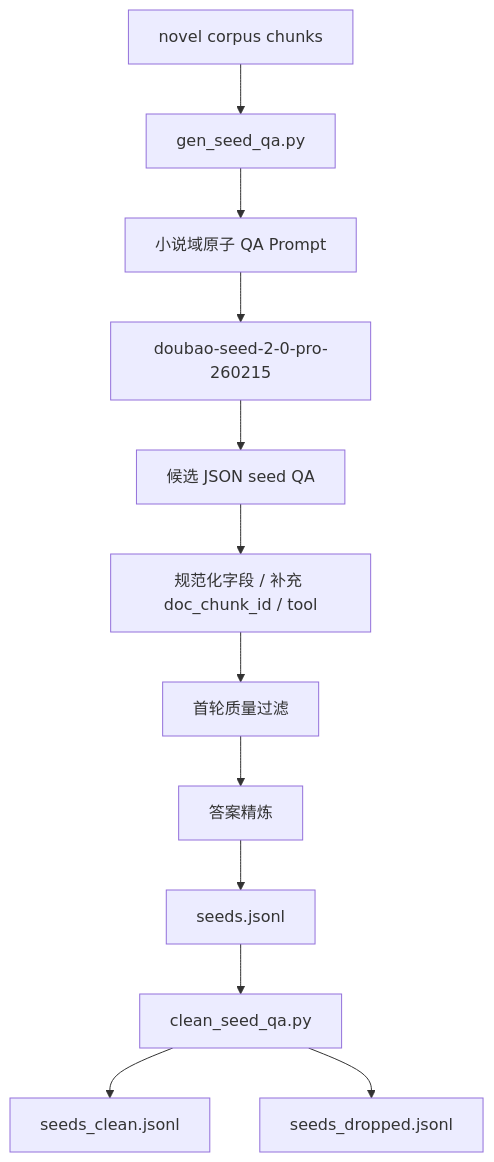
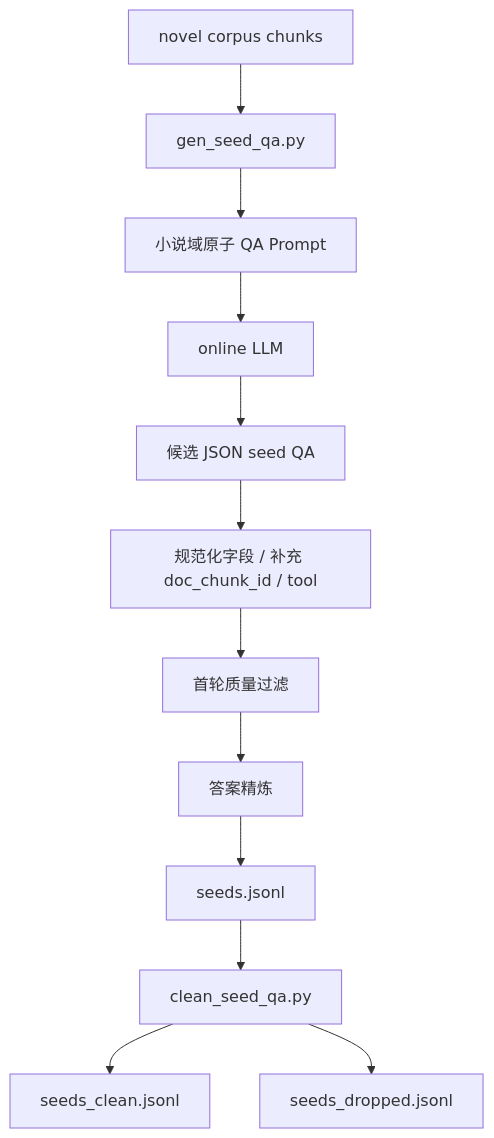
Before and after one commit to Lafinger/AgenticRAG-RL: the fifth of 16 diagrams in demo/README.md, drawn with Mermaid. The commit also changed other lines of this file and 15 other files, not shown here.

Commit message:
将工程中的 Doubao/豆包/火山方舟/Volc/TOS/ARK 相关代码、配置示例、CLI 参数、测试和文档全部移除。 默认 LLM provider 改为 newapi，保留 rightcode 作为可选 provider。 按用户确认，Doubao 专属的 batch inference 能力整体删除，不做替代实现。

````diff
--- a/demo/README.md
+++ b/demo/README.md
@@ -591,14 +477,14 @@
 ```mermaid
 flowchart TD
     A["novel corpus chunks"] --> B["gen_seed_qa.py"]
     B --> C["小说域原子 QA Prompt"]
-    C --> D["doubao-seed-2-0-pro-260215"]
+    C --> D["online LLM"]
     D --> E["候选 JSON seed QA"]
     E --> F["规范化字段 / 补充 doc_chunk_id / tool"]
     F --> G["首轮质量过滤"]
     G --> H["答案精炼"]
     H --> I["seeds.jsonl"]
     I --> J["clean_seed_qa.py"]
     J --> K["seeds_clean.jsonl"]
     J --> L["seeds_dropped.jsonl"]
 ```
````
